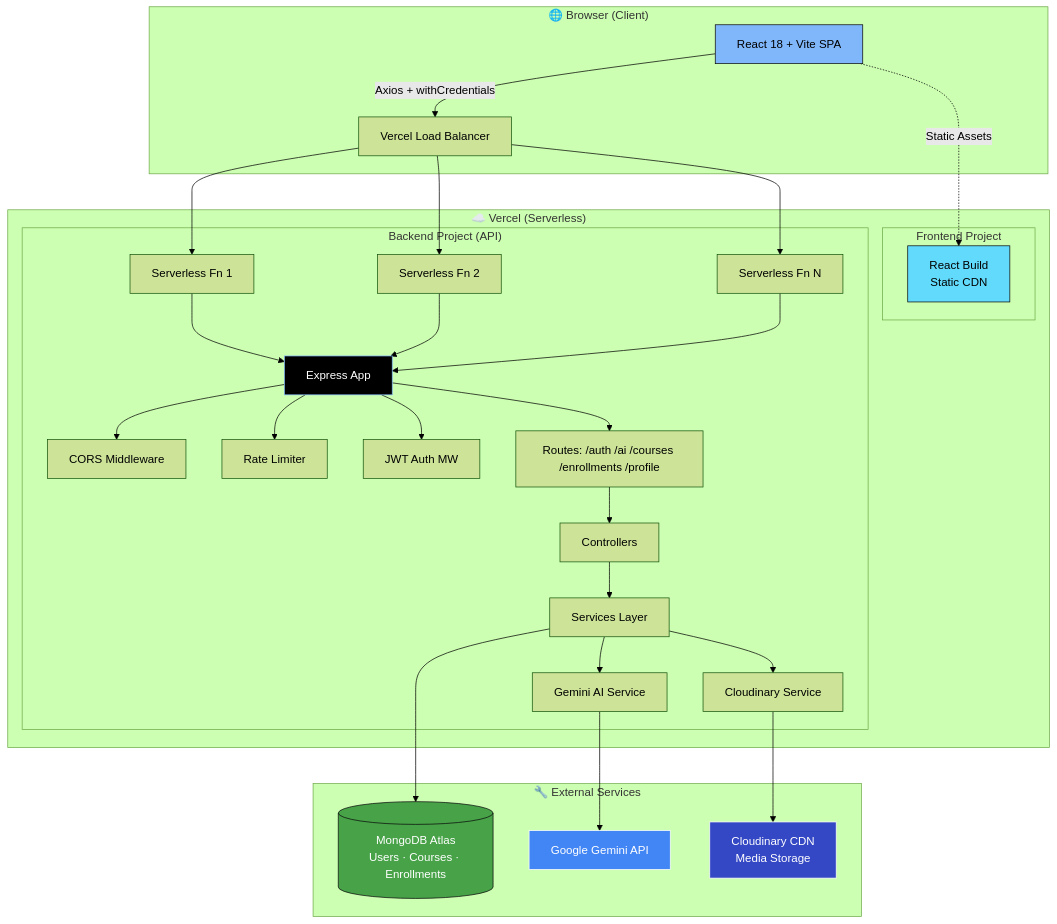
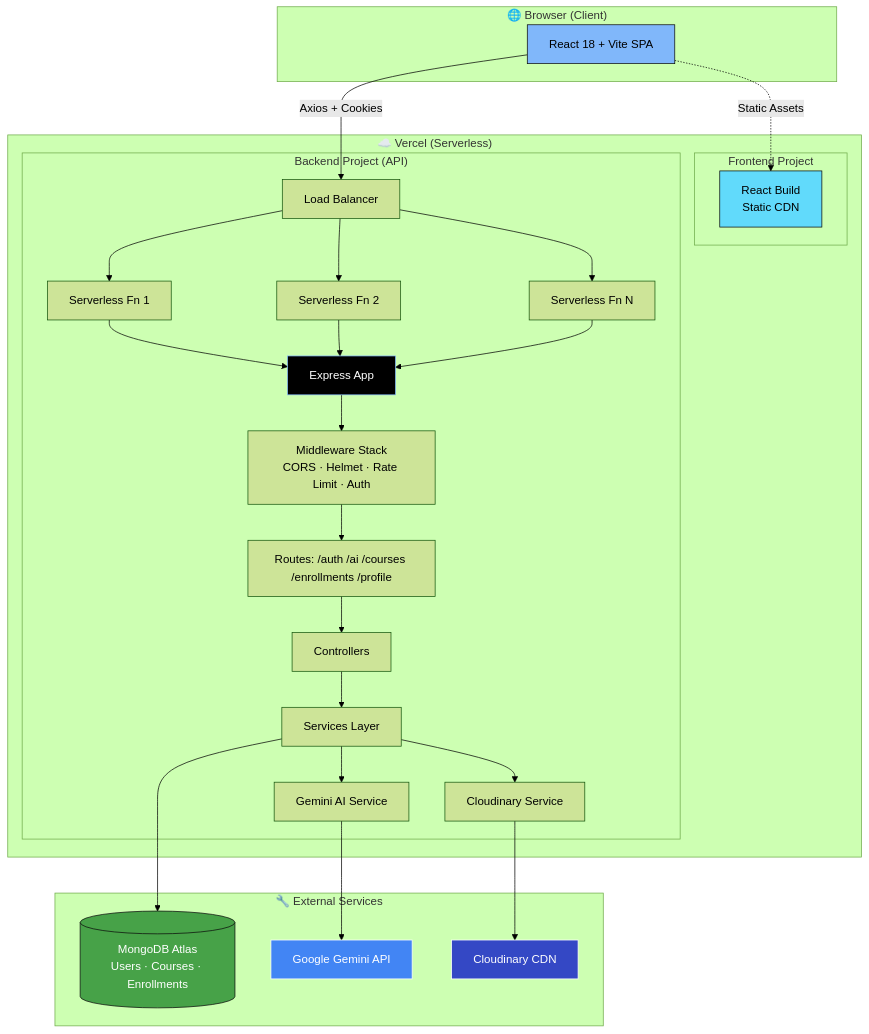
Before and after one commit to syeda-nimra0/learnly-platform: the diagram in README.md, drawn with Mermaid (forest theme). The commit also changed other lines of this file, not shown here.

````diff
--- a/README.md
+++ b/README.md
@@ -101,46 +172,44 @@
 ```mermaid
 graph TB
     subgraph Browser["🌐 Browser (Client)"]
         UI[React 18 + Vite SPA]
-        UI -->|Axios + withCredentials| LB
     end
 
     subgraph Vercel["☁️ Vercel (Serverless)"]
         subgraph Frontend["Frontend Project"]
             FE[React Build<br/>Static CDN]
         end
         subgraph Backend["Backend Project (API)"]
-            LB[Vercel Load Balancer]
+            LB[Load Balancer]
             LB --> SF1[Serverless Fn 1]
             LB --> SF2[Serverless Fn 2]
-            LB --> SF3[Serverless Fn N]
-            SF1 & SF2 & SF3 --> EX[Express App]
-            EX --> CORS[CORS Middleware]
-            EX --> RL[Rate Limiter]
-            EX --> AUTH[JWT Auth MW]
-            EX --> R[Routes: /auth /ai /courses /enrollments /profile]
+            LB --> SFN[Serverless Fn N]
+            SF1 & SF2 & SFN --> EX[Express App]
+            EX --> MW[Middleware Stack<br/>CORS · Helmet · Rate Limit · Auth]
+            MW --> R[Routes: /auth /ai /courses /enrollments /profile]
             R --> CTRL[Controllers]
             CTRL --> SVC[Services Layer]
             SVC --> GEM[Gemini AI Service]
             SVC --> CLOU[Cloudinary Service]
         end
     end
 
     subgraph External["🔧 External Services"]
         MDB[(MongoDB Atlas<br/>Users · Courses · Enrollments)]
         GEMINI[Google Gemini API]
-        CDN[Cloudinary CDN<br/>Media Storage]
+        CDN[Cloudinary CDN]
     end
 
     UI -.->|Static Assets| FE
+    UI -->|Axios + Cookies| LB
     SVC --> MDB
     GEM --> GEMINI
     CLOU --> CDN
 
     style UI fill:#80B7FA,stroke:#0A0A0A,color:#000
     style FE fill:#61DAFB,stroke:#0A0A0A,color:#000
     style EX fill:#000000,stroke:#80B7FA,color:#fff
     style MDB fill:#47A248,stroke:#0A0A0A,color:#fff
     style GEMINI fill:#4285F4,stroke:#fff,color:#fff
     style CDN fill:#3448C5,stroke:#fff,color:#fff
 ```
````
